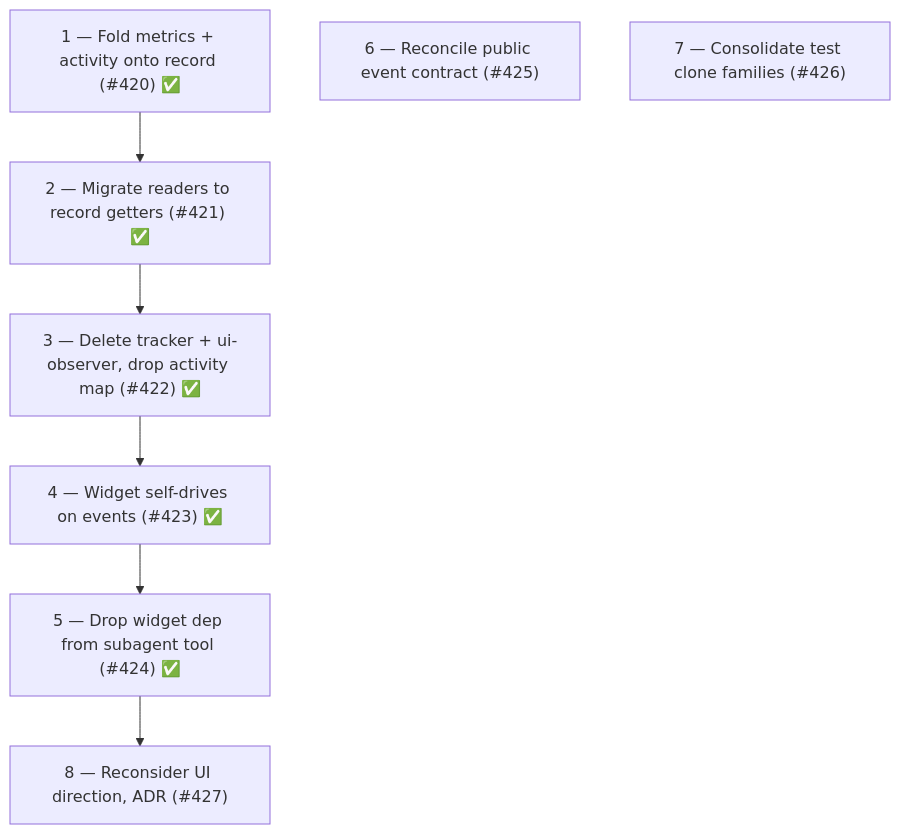
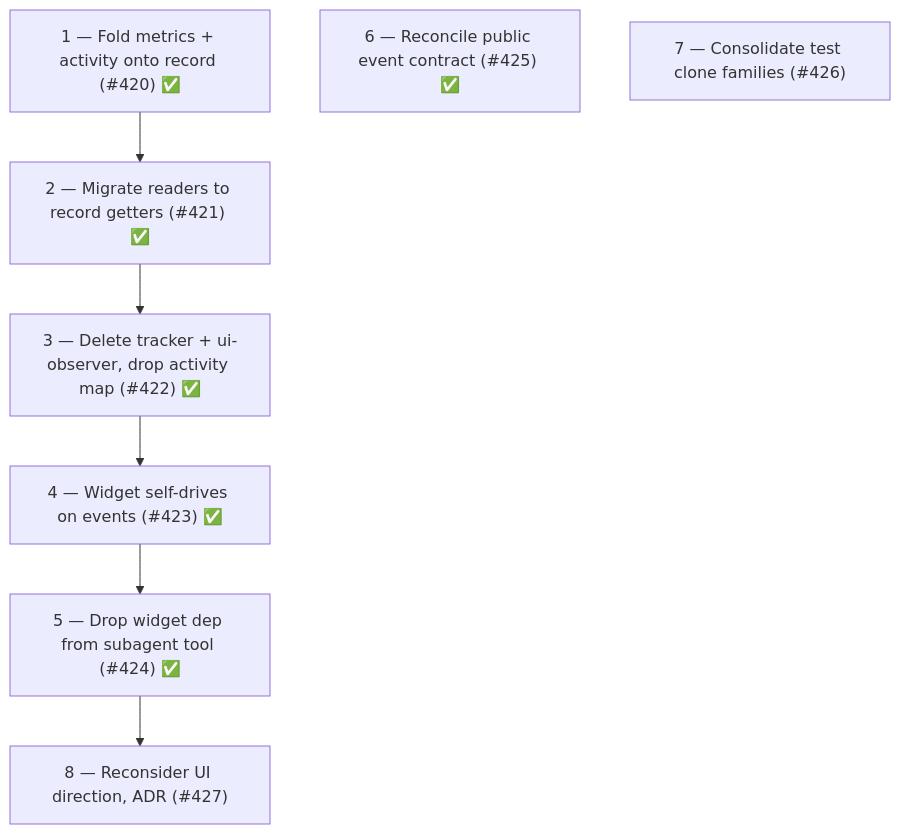
The sixth of 6 diagrams in packages/pi-subagents/docs/architecture/architecture.md (komarspn/pi-packages), drawn with Mermaid before and after one commit. The commit also changed other lines of this file, not shown here.

Commit message:
docs: reconcile lifecycle-events table with SUBAGENT_EVENTS (#425)

````diff
--- a/packages/pi-subagents/docs/architecture/architecture.md
+++ b/packages/pi-subagents/docs/architecture/architecture.md
@@ -1011,15 +1015,15 @@
 ```mermaid
 flowchart TB
     S1["1 — Fold metrics + activity onto record (#420) ✅"]
     S2["2 — Migrate readers to record getters (#421) ✅"]
     S3["3 — Delete tracker + ui-observer, drop activity map (#422) ✅"]
     S4["4 — Widget self-drives on events (#423) ✅"]
     S5["5 — Drop widget dep from subagent tool (#424) ✅"]
-    S6["6 — Reconcile public event contract (#425)"]
+    S6["6 — Reconcile public event contract (#425) ✅"]
     S7["7 — Consolidate test clone families (#426)"]
     S8["8 — Reconsider UI direction, ADR (#427)"]
 
     S1 --> S2 --> S3 --> S4 --> S5 --> S8
     S6
     S7
 ```
````
